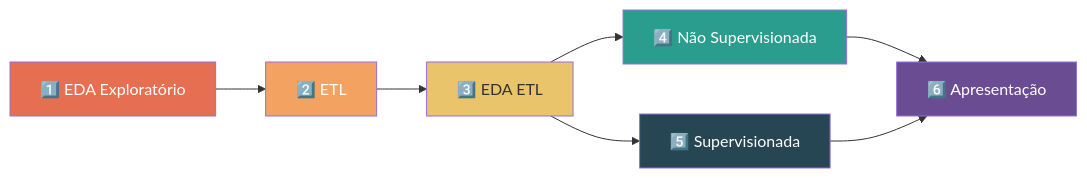
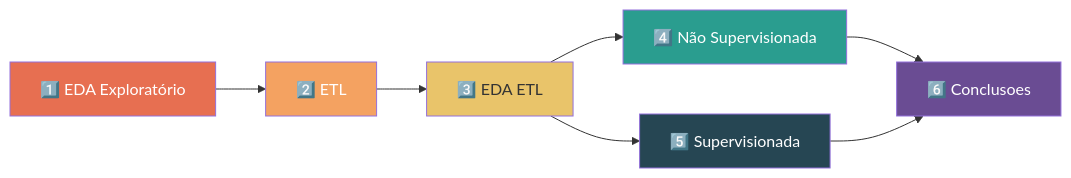
One commit to vitorpaixao/flight-deley--prediction changed the diagram in README.md. Above: the diagram before and after it, drawn with Mermaid. The commit also changed other lines of this file and 3 other files, not shown here.

````diff
--- a/README.md
+++ b/README.md
@@ -129,15 +78,15 @@
 ```mermaid
 graph LR
     A["1️⃣ EDA Exploratório"] --> B["2️⃣ ETL"]
     B --> C["3️⃣ EDA ETL"]
     C --> D["4️⃣ Não Supervisionada"]
     C --> E["5️⃣ Supervisionada"]
-    D & E --> F["6️⃣ Apresentação"]
+    D & E --> F["6️⃣ Conclusoes"]
 
     style A fill:#e76f51,color:#fff
     style B fill:#f4a261,color:#fff
     style C fill:#e9c46a,color:#333
     style D fill:#2a9d8f,color:#fff
     style E fill:#264653,color:#fff
     style F fill:#6a4c93,color:#fff
 ```
````
